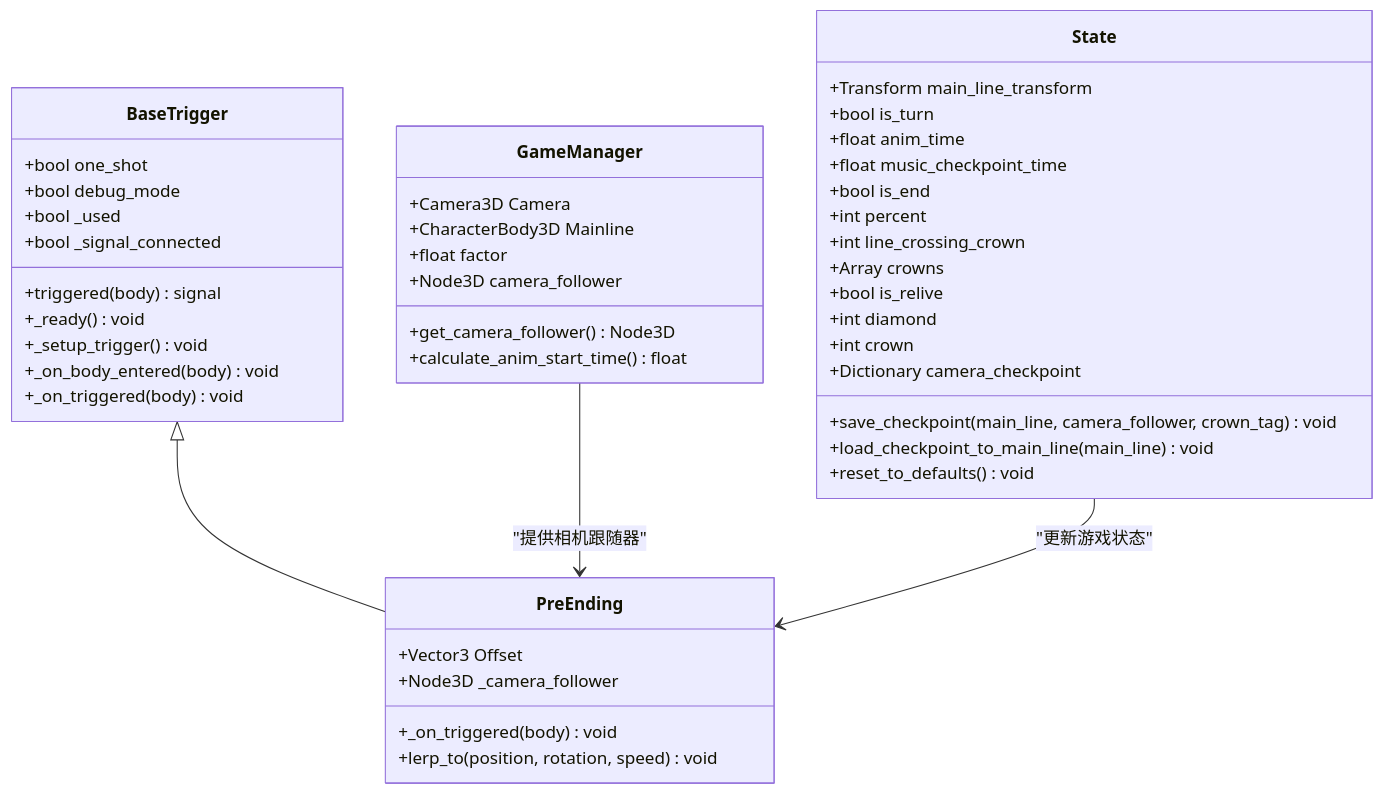
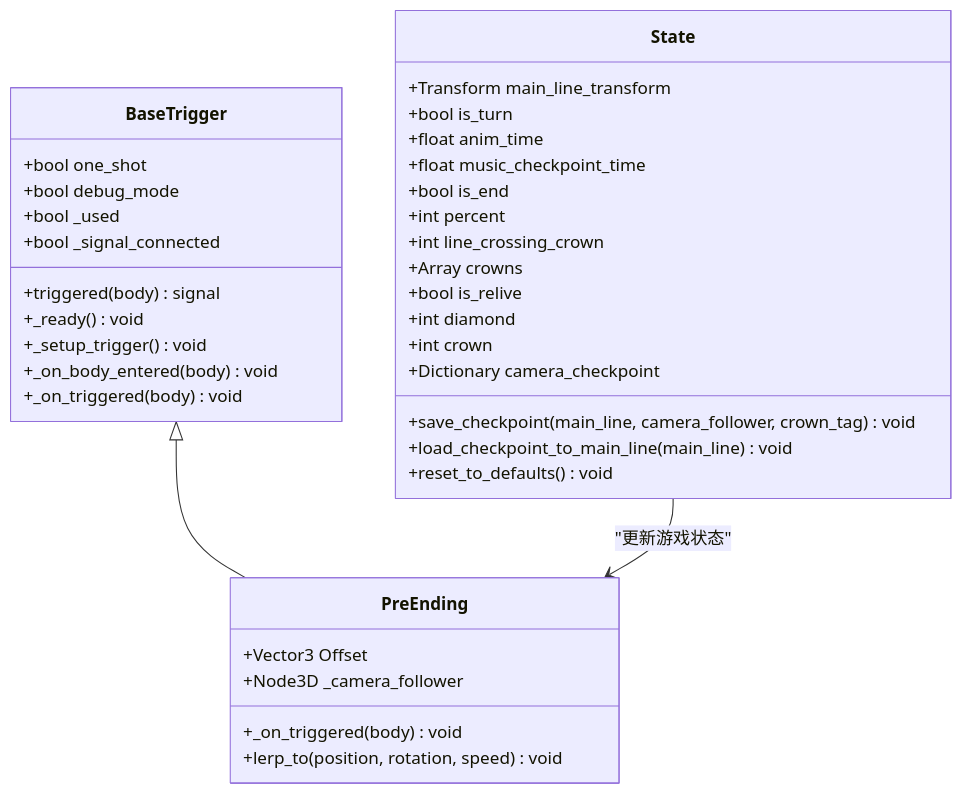
One commit to godotline/godot-line changed the third of 6 diagrams in .qoder/repowiki/zh/content/游戏系统/触发器系统/预结束触发器.md. Above: the diagram before and after it, drawn with Mermaid. The commit also changed other lines of this file and 13 other files, not shown here.

````diff
--- a/.qoder/repowiki/zh/content/游戏系统/触发器系统/预结束触发器.md
+++ b/.qoder/repowiki/zh/content/游戏系统/触发器系统/预结束触发器.md
@@ -158,48 +150,39 @@
 ```mermaid
 classDiagram
 class BaseTrigger {
 +bool one_shot
 +bool debug_mode
 +bool _used
 +bool _signal_connected
 +triggered(body) signal
 +_ready() void
 +_setup_trigger() void
 +_on_body_entered(body) void
 +_on_triggered(body) void
 }
 class PreEnding {
 +Vector3 Offset
 +Node3D _camera_follower
 +_on_triggered(body) void
 +lerp_to(position, rotation, speed) void
 }
-class GameManager {
-+Camera3D Camera
-+CharacterBody3D Mainline
-+float factor
-+Node3D camera_follower
-+get_camera_follower() Node3D
-+calculate_anim_start_time() float
-}
 class State {
 +Transform main_line_transform
 +bool is_turn
 +float anim_time
 +float music_checkpoint_time
 +bool is_end
 +int percent
 +int line_crossing_crown
 +Array crowns
 +bool is_relive
 +int diamond
 +int crown
 +Dictionary camera_checkpoint
 +save_checkpoint(main_line, camera_follower, crown_tag) void
 +load_checkpoint_to_main_line(main_line) void
 +reset_to_defaults() void
 }
 BaseTrigger <|-- PreEnding
-GameManager --> PreEnding : "提供相机跟随器"
 State --> PreEnding : "更新游戏状态"
 ```
````
